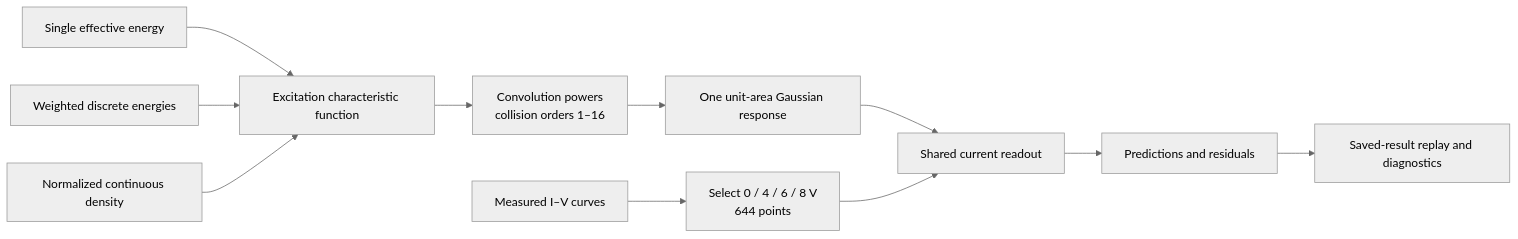
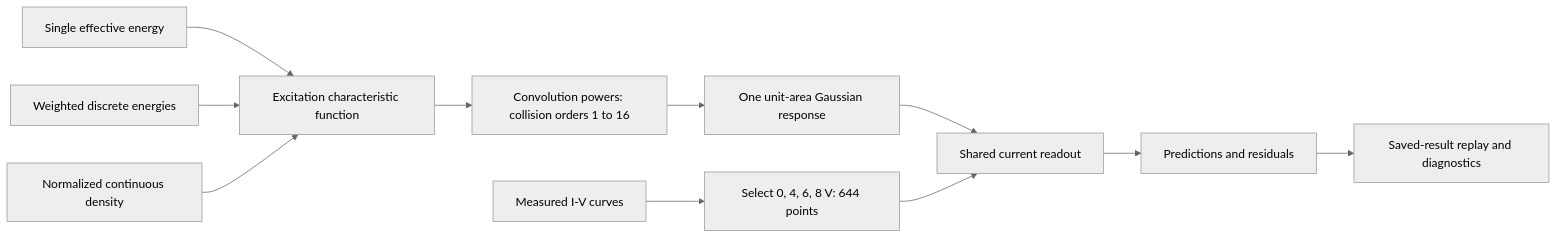
One commit to Bohao-Ding/Argon-Franck-Hertz-Energy-Analysis changed the diagram in docs/design.md. Above: the diagram before and after it, drawn with Mermaid (neutral theme).

Commit message:
fix(docs): use plain labels in the model flowchart

````diff
--- a/docs/design.md
+++ b/docs/design.md
@@ -9,13 +9,13 @@
 ```mermaid
 flowchart LR
-    D["Measured I–V curves"] --> A["Select 0 / 4 / 6 / 8 V\n644 points"]
+    D["Measured I-V curves"] --> A["Select 0, 4, 6, 8 V: 644 points"]
     S["Single effective energy"] --> P["Excitation characteristic function"]
     K["Weighted discrete energies"] --> P
     C["Normalized continuous density"] --> P
-    P --> N["Convolution powers\ncollision orders 1–16"]
+    P --> N["Convolution powers: collision orders 1 to 16"]
     N --> G["One unit-area Gaussian response"]
     G --> R["Shared current readout"]
     A --> R
     R --> O["Predictions and residuals"]
     O --> V["Saved-result replay and diagnostics"]
 ```
````
